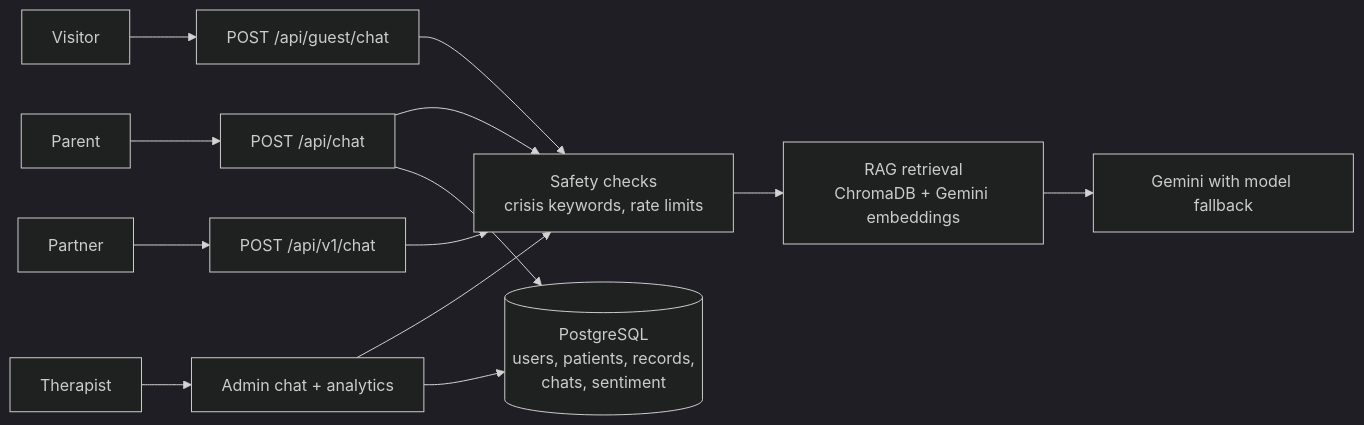
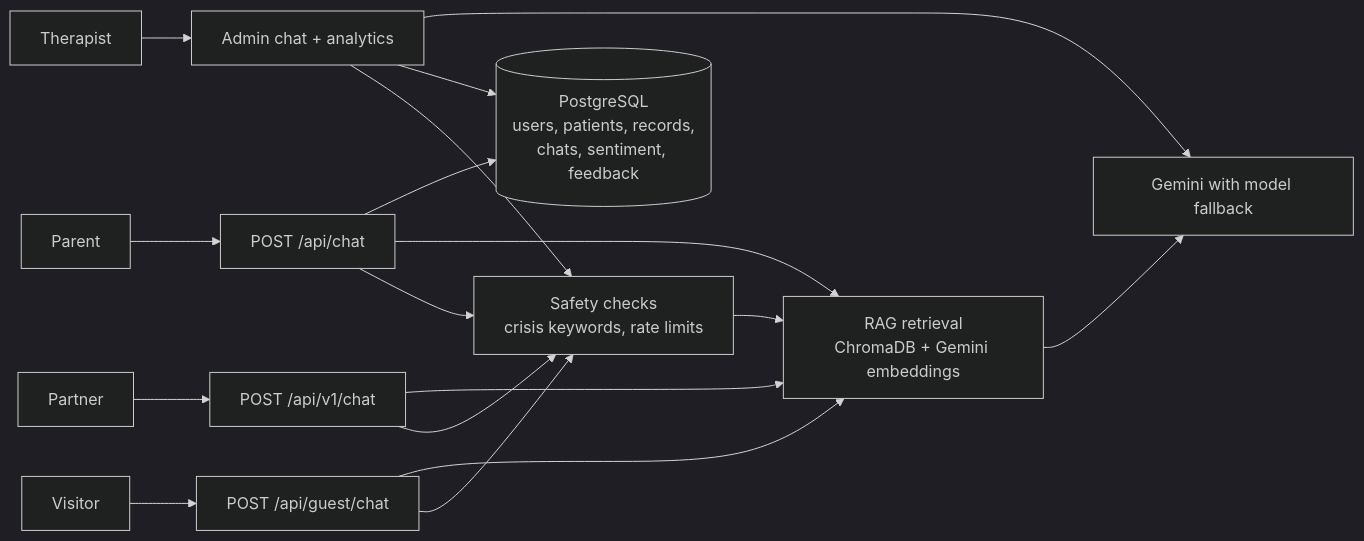
One commit to txx0329/MelodyCare-public changed the diagram in README.md. Above: the diagram before and after it, drawn with Mermaid (dark theme). The commit also changed other lines of this file, not shown here.

Commit message:
Enhance README with safety and triage details
Updated README to include complaint triage in project structure and safety keyword detection details.

````diff
--- a/README.md
+++ b/README.md
@@ -33,11 +33,14 @@
 ```mermaid
 flowchart LR
     V["Visitor"] --> G["POST /api/guest/chat"]
     P["Parent"] --> C["POST /api/chat"]
     T["Therapist"] --> A["Admin chat + analytics"]
     X["Partner"] --> API["POST /api/v1/chat"]
     G & C & A & API --> S["Safety checks<br/>crisis keywords, rate limits"]
     S --> R["RAG retrieval<br/>ChromaDB + Gemini embeddings"]
+    G & C & API --> R
+    A --> DB
+    C --> DB[("PostgreSQL<br/>users, patients, records,<br/>chats, sentiment, feedback")]
     R --> L["Gemini with model fallback"]
-    C & A --> DB[("PostgreSQL<br/>users, patients, records,<br/>chats, sentiment")]
+    A --> L
 ```
````
